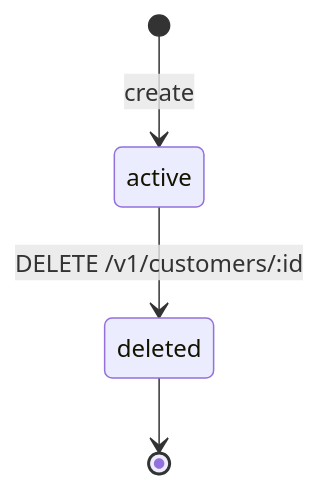
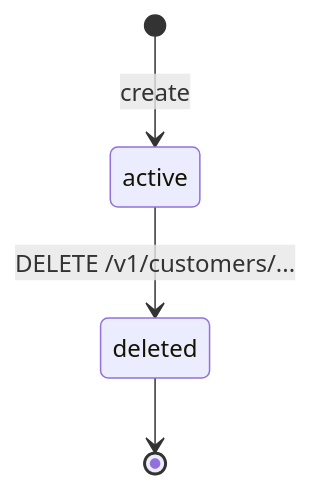
The first of 2 diagrams in 01-core-resources/customers.md (ngtranthanhtoan/stripe-documentation), drawn with Mermaid before and after one commit. The commit also changed 4 other files, not shown here.

````diff
--- a/01-core-resources/customers.md
+++ b/01-core-resources/customers.md
@@ -23,6 +23,6 @@
 ```mermaid
 stateDiagram-v2
     [*] --> active: create
-    active --> deleted: DELETE /v1/customers/:id
+    active --> deleted: DELETE /v1/customers/...
     deleted --> [*]
 ```
````
